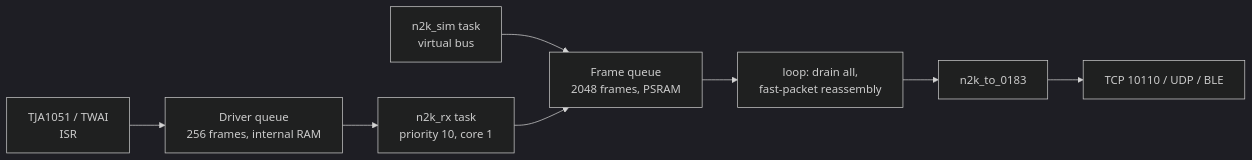
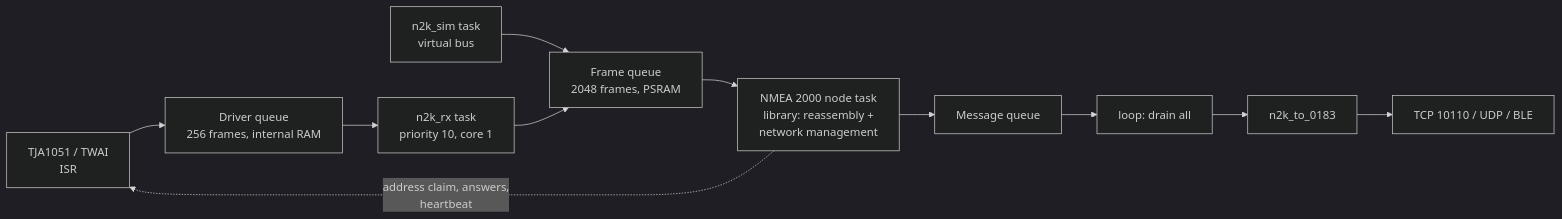
One commit to l-m-y-c/boat-terminal changed the diagram in docs/05-nmea-connectivity.md. Above: the diagram before and after it, drawn with Mermaid (dark theme). The commit also changed other lines of this file and 41 other files, not shown here.

````diff
--- a/docs/05-nmea-connectivity.md
+++ b/docs/05-nmea-connectivity.md
@@ -133,9 +137,12 @@
 ```mermaid
 flowchart LR
     CAN[TJA1051 / TWAI<br/>ISR] --> DQ[Driver queue<br/>256 frames, internal RAM]
     DQ --> RX[n2k_rx task<br/>priority 10, core 1]
     SIM[n2k_sim task<br/>virtual bus] --> FQ
     RX --> FQ[Frame queue<br/>2048 frames, PSRAM]
-    FQ --> LOOP[loop: drain all,<br/>fast-packet reassembly]
+    FQ --> NODE[NMEA 2000 node task<br/>library: reassembly +<br/>network management]
+    NODE --> MQ[Message queue]
+    MQ --> LOOP[loop: drain all]
     LOOP --> CONV[n2k_to_0183] --> OUT[TCP 10110 / UDP / BLE]
+    NODE -. address claim, answers,<br/>heartbeat .-> CAN
 ```
````
